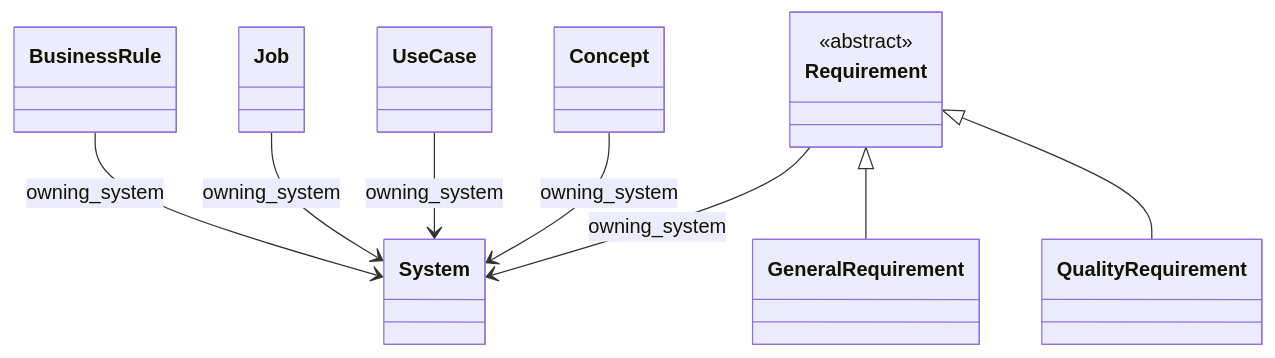
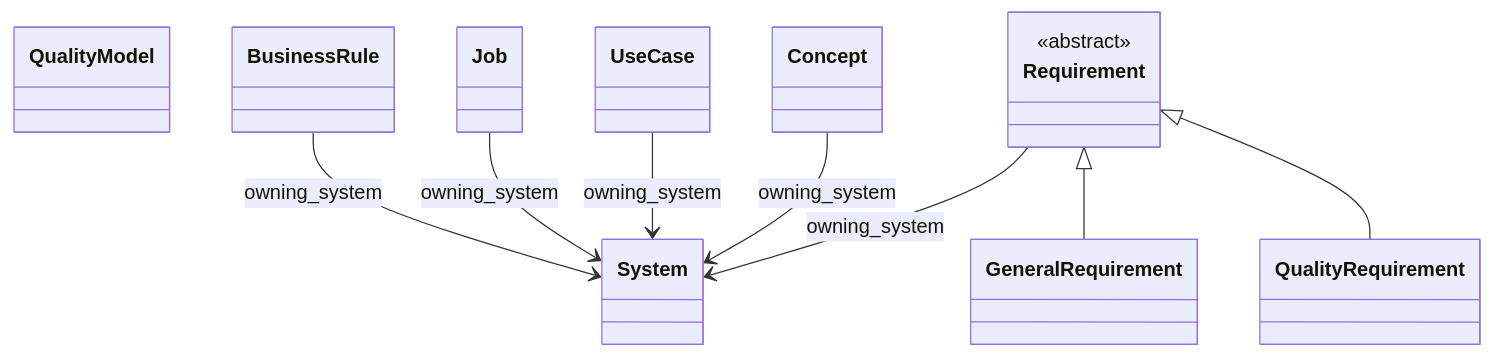
One commit to craigsmitham/dotspec changed the first of 4 diagrams in docs/reference/model/core.md. Above: the diagram before and after it, drawn with Mermaid. The commit also changed other lines of this file and 67 other files, not shown here.

````diff
--- a/docs/reference/model/core.md
+++ b/docs/reference/model/core.md
@@ -28,20 +28,21 @@
 ```mermaid
 classDiagram
     direction TB
     class System
+    class QualityModel
     class BusinessRule
     class Job
     class UseCase
     class Concept
     class Requirement
     <<abstract>> Requirement
     class GeneralRequirement
     class QualityRequirement
     Requirement <|-- GeneralRequirement
     Requirement <|-- QualityRequirement
     BusinessRule --> System : owning_system
     Job --> System : owning_system
     UseCase --> System : owning_system
     Concept --> System : owning_system
     Requirement --> System : owning_system
 ```
````
